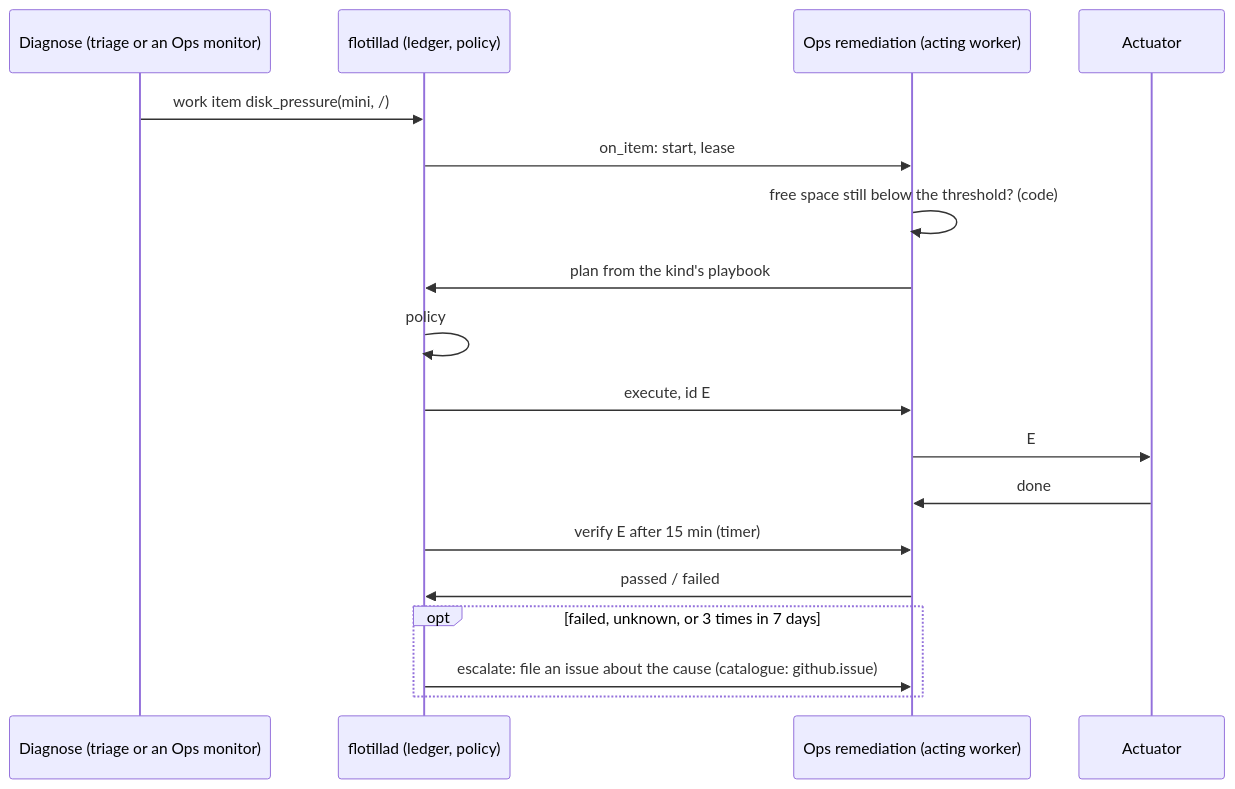
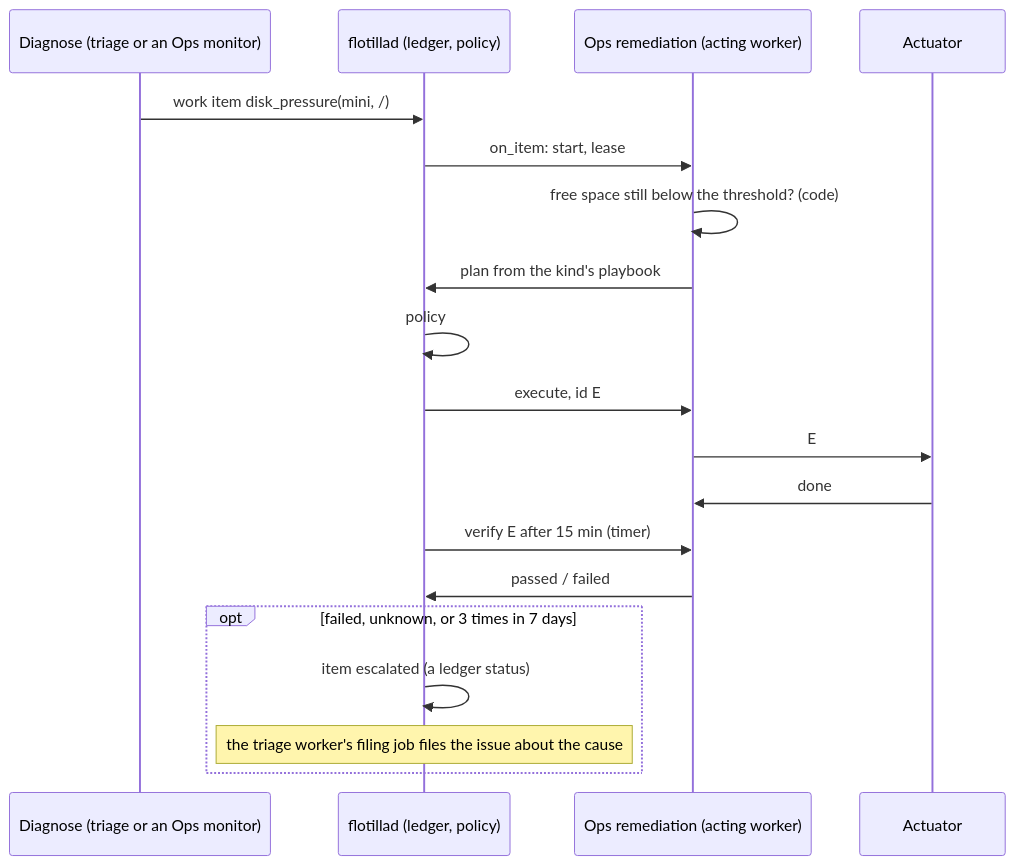
One commit to chipi/flotilla changed the sixth of 9 diagrams in docs/rfc/RFC-0004-agent-pipeline.md. Above: the diagram before and after it, drawn with Mermaid. The commit also changed other lines of this file, not shown here.

````diff
--- a/docs/rfc/RFC-0004-agent-pipeline.md
+++ b/docs/rfc/RFC-0004-agent-pipeline.md
@@ -355,20 +358,21 @@
 ```mermaid
 sequenceDiagram
     participant D as Diagnose (triage or an Ops monitor)
     participant F as flotillad (ledger, policy)
     participant Rm as Ops remediation (acting worker)
     participant X as Actuator
     D->>F: work item disk_pressure(mini, /)
     F->>Rm: on_item: start, lease
     Rm->>Rm: free space still below the threshold? (code)
     Rm->>F: plan from the kind's playbook
     F->>F: policy
     F->>Rm: execute, id E
     Rm->>X: E
     X->>Rm: done
     F->>Rm: verify E after 15 min (timer)
     Rm->>F: passed / failed
     opt failed, unknown, or 3 times in 7 days
-        F->>Rm: escalate: file an issue about the cause (catalogue: github.issue)
+        F->>F: item escalated (a ledger status)
+        Note over F: the triage worker's filing job files the issue about the cause
     end
 ```
````
